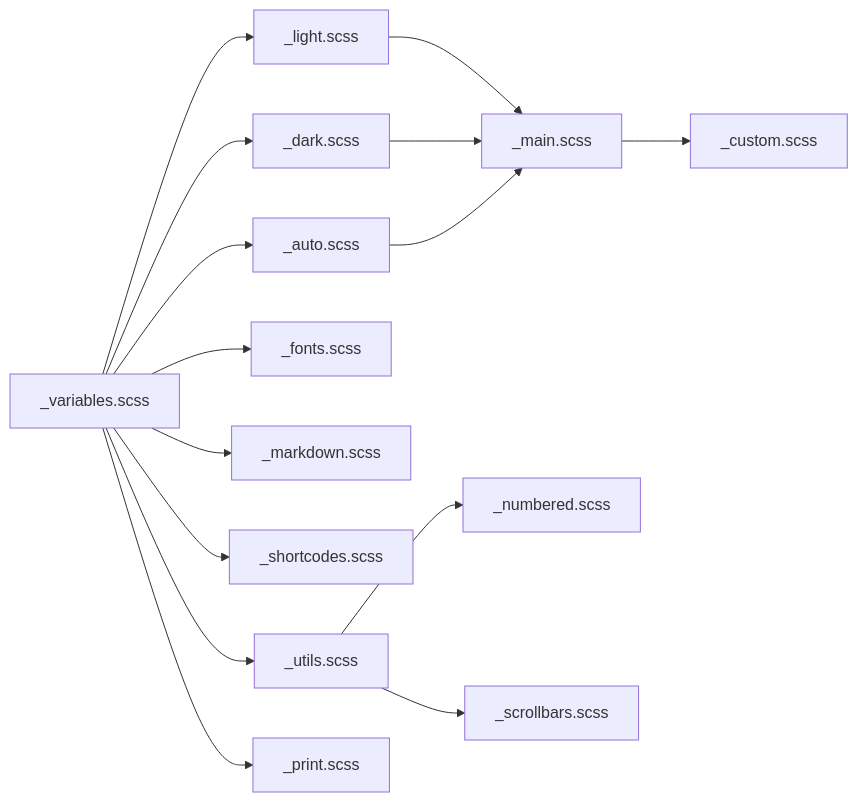
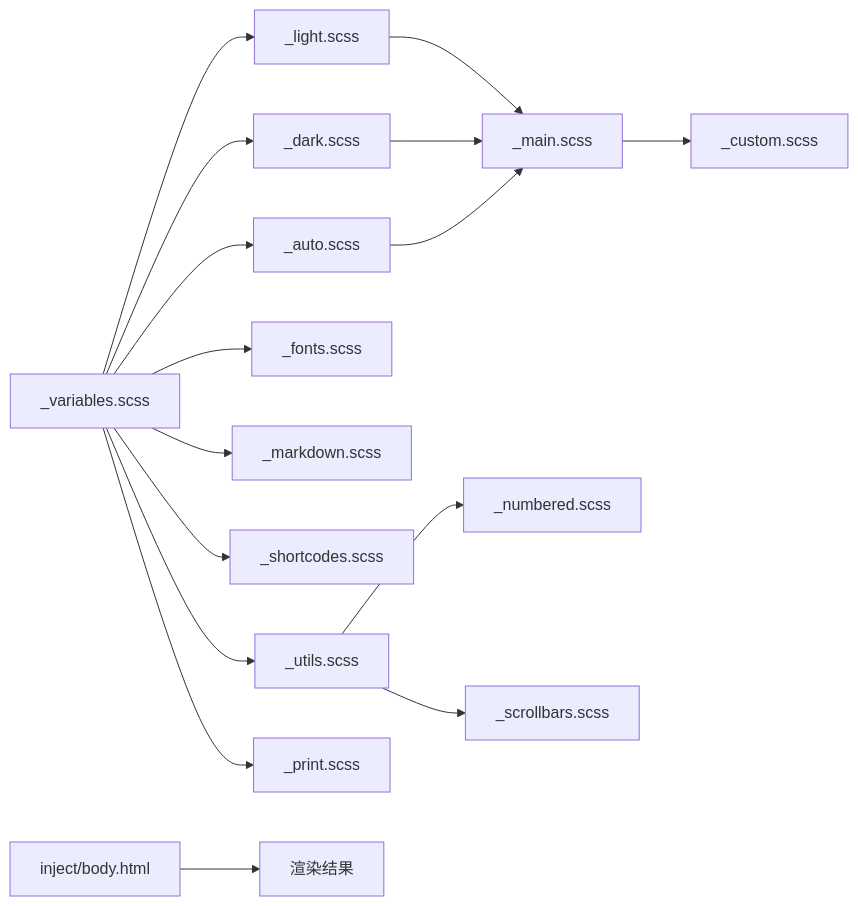
The fifth of 5 diagrams in .qoder/repowiki/zh/content/主题定制/样式定制/样式定制.md (nianjiang/nianjiang.github.io), drawn with Mermaid before and after one commit. The commit also changed other lines of this file and 176 other files, not shown here.

````diff
--- a/.qoder/repowiki/zh/content/主题定制/样式定制/样式定制.md
+++ b/.qoder/repowiki/zh/content/主题定制/样式定制/样式定制.md
@@ -302,17 +357,18 @@
 ```mermaid
 graph LR
 V["_variables.scss"] --> T1["_light.scss"]
 V --> T2["_dark.scss"]
 V --> T3["_auto.scss"]
 T1 --> M["_main.scss"]
 T2 --> M
 T3 --> M
 V --> F["_fonts.scss"]
 V --> MD["_markdown.scss"]
 V --> S["_shortcodes.scss"]
 V --> U["_utils.scss"]
 V --> P["_print.scss"]
 M --> C["_custom.scss"]
 U --> PL1["_numbered.scss"]
 U --> PL2["_scrollbars.scss"]
+INJ["inject/body.html"] --> R["渲染结果"]
 ```
````
